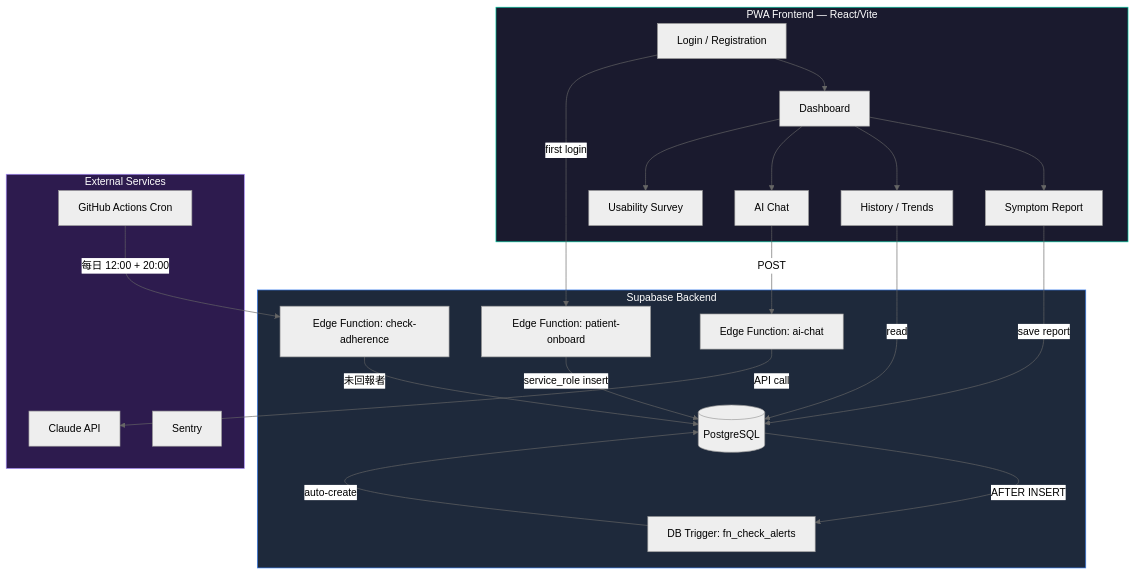
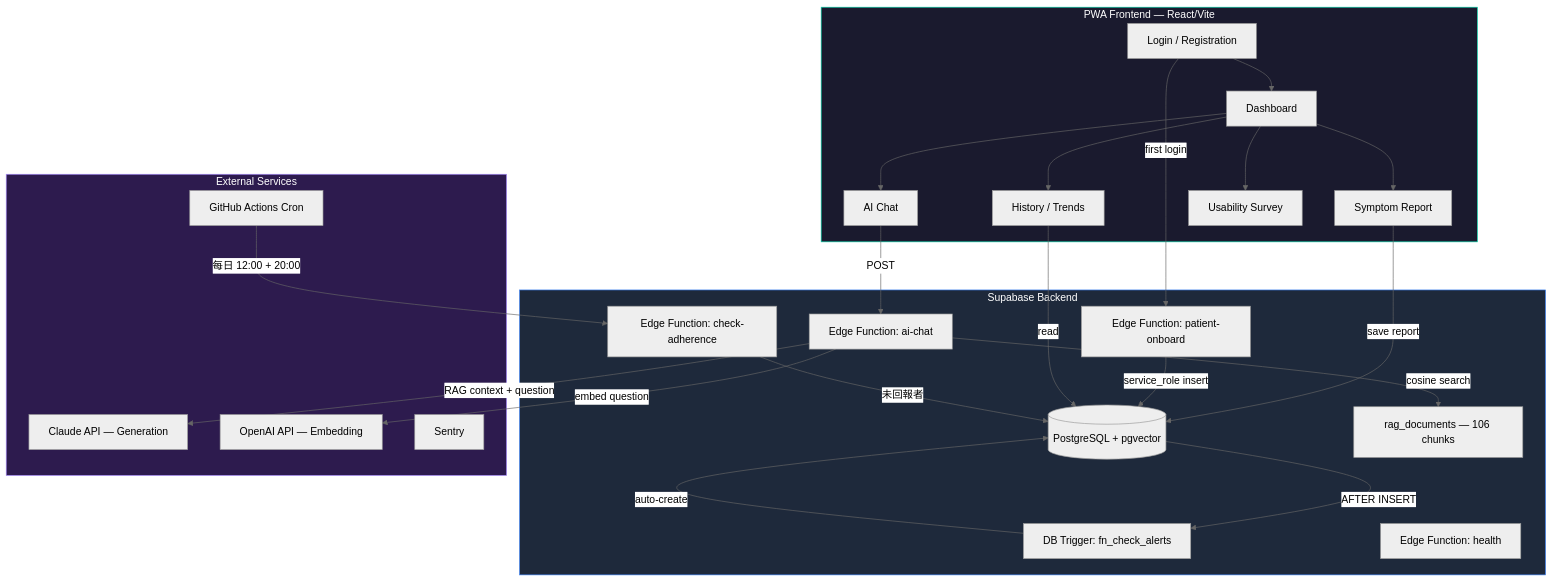
One commit to odafeng/Hemorrhoids_PostOp changed the diagram in README.md. Above: the diagram before and after it, drawn with Mermaid (neutral theme). The commit also changed other lines of this file and 1 other file, not shown here.

First line of the commit message:
docs: update READMEs to reflect RAG pipeline, health endpoint, env vars

````diff
--- a/README.md
+++ b/README.md
@@ -8,39 +8,44 @@
 ```mermaid
 graph TD
   subgraph Client[PWA Frontend — React/Vite]
     A[Login / Registration] --> B[Dashboard]
     B --> C[Symptom Report]
     B --> D[History / Trends]
     B --> E[AI Chat]
     B --> F[Usability Survey]
   end
 
   subgraph Supabase[Supabase Backend]
-    G[(PostgreSQL)]
+    G[(PostgreSQL + pgvector)]
     H[Edge Function: ai-chat]
     I[Edge Function: patient-onboard]
     J[DB Trigger: fn_check_alerts]
     L[Edge Function: check-adherence]
+    P[Edge Function: health]
+    R[rag_documents — 106 chunks]
   end
 
   subgraph External[External Services]
-    K[Claude API]
+    K[Claude API — Generation]
+    O[OpenAI API — Embedding]
     M[Sentry]
     N[GitHub Actions Cron]
   end
 
   C -- save report --> G
   G -- AFTER INSERT --> J
   J -- auto-create --> G
   E -- POST --> H
-  H -- API call --> K
+  H -- embed question --> O
+  H -- cosine search --> R
+  H -- RAG context + question --> K
   A -- first login --> I
   I -- service_role insert --> G
   D -- read --> G
   N -- 每日 12:00 + 20:00 --> L
   L -- 未回報者 --> G
 
   style Client fill:#1a1a2e,stroke:#00d4aa,color:#fff
   style Supabase fill:#1e293b,stroke:#3b82f6,color:#fff
   style External fill:#2d1b4e,stroke:#a78bfa,color:#fff
 ```
````
